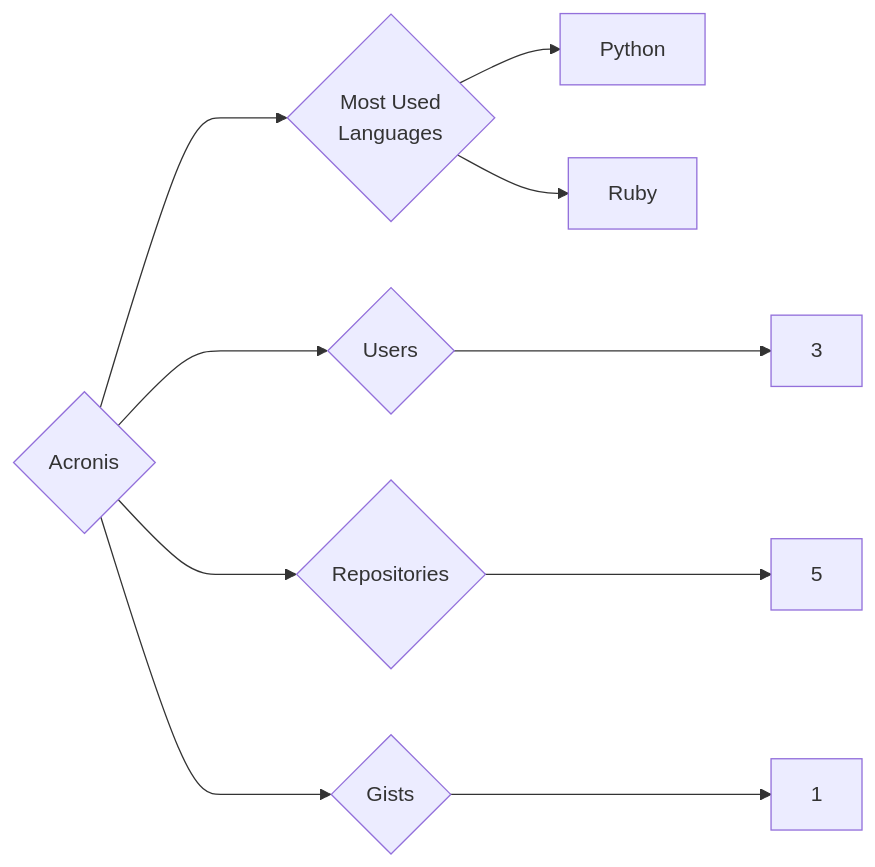
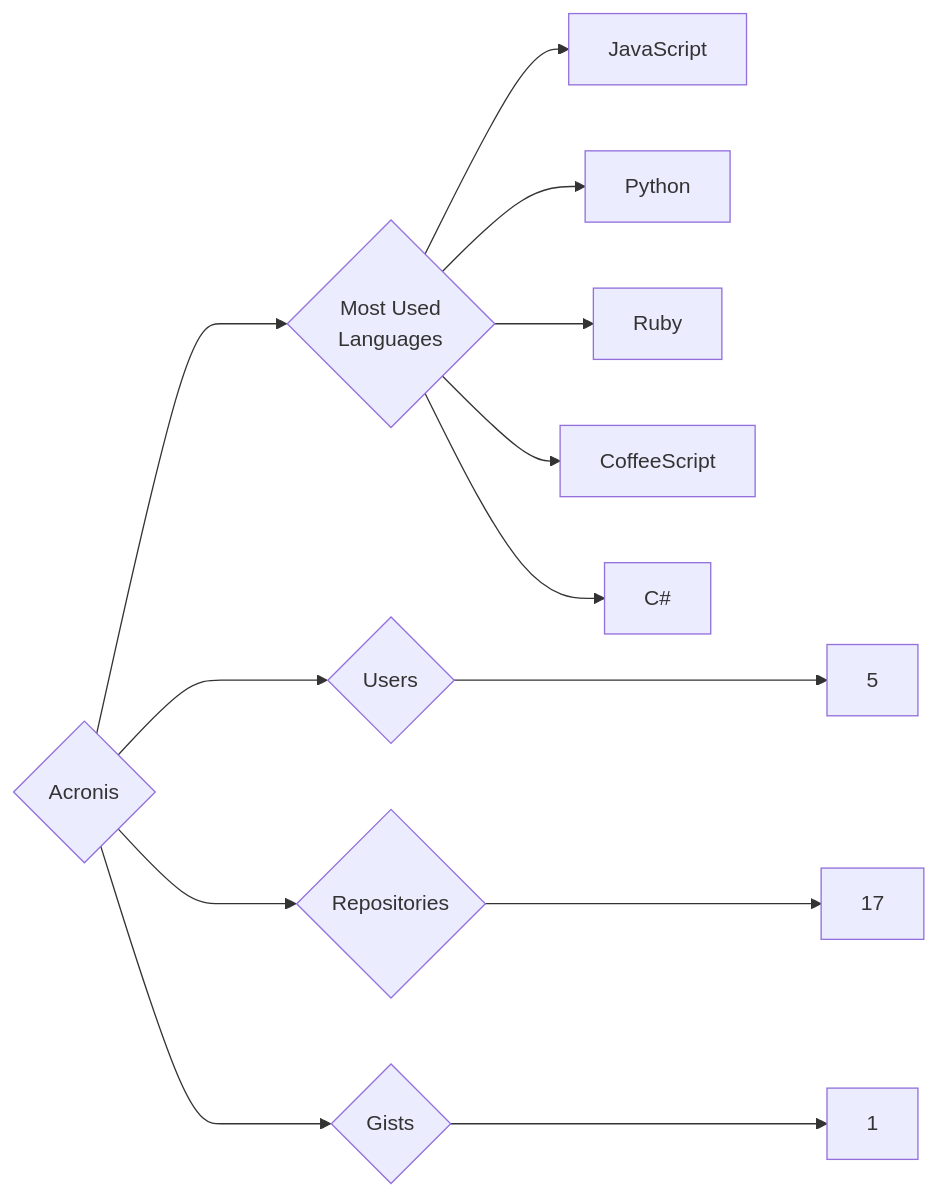
One commit to trickest/insiders changed the diagram in targets/Acronis/README.md. Above: the diagram before and after it, drawn with Mermaid. The commit also changed 1055 other files, not shown here.

````diff
--- a/targets/Acronis/README.md
+++ b/targets/Acronis/README.md
@@ -3,10 +3,13 @@
 ```mermaid
 graph LR
 COMPANY_NAME{Acronis}
-COMPANY_NAME ---> U{Users} ---> UN[3]
-COMPANY_NAME ---> R{Repositories} ---> RN[5]
+COMPANY_NAME ---> U{Users} ---> UN[5]
+COMPANY_NAME ---> R{Repositories} ---> RN[17]
 COMPANY_NAME ---> G{Gists} ---> GN[1]
 COMPANY_NAME ---> ML{Most Used<br>Languages}
+ML --> JavaScript[JavaScript]
 ML --> Python[Python]
 ML --> Ruby[Ruby]
+ML --> CoffeeScript[CoffeeScript]
+ML --> C#[C#]
 ```
````
